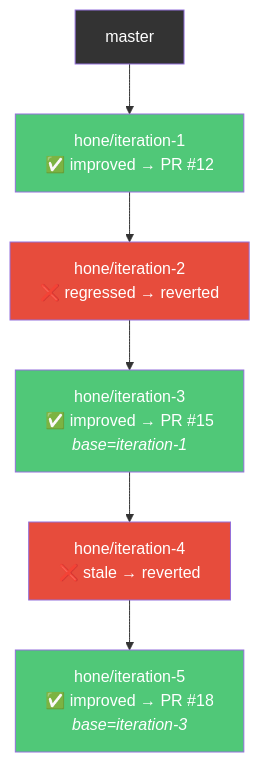
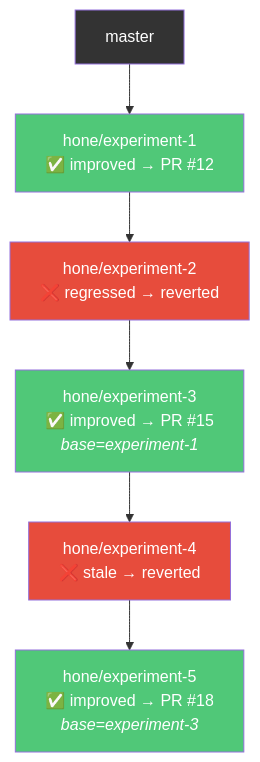
One commit to J-Bax/Hone changed the second of 2 diagrams in docs/architecture.md. Above: the diagram before and after it, drawn with Mermaid. The commit also changed other lines of this file and 27 other files, not shown here.

First line of the commit message:
refactor: rename 'iteration' to 'experiment' across all scripts and docs

````diff
--- a/docs/architecture.md
+++ b/docs/architecture.md
@@ -83,15 +83,15 @@
 ```mermaid
 graph TD
-    M["master"] --> I1["hone/iteration-1<br/>✅ improved → PR #12"]
-    I1 --> I2["hone/iteration-2<br/>❌ regressed → reverted"]
-    I2 --> I3["hone/iteration-3<br/>✅ improved → PR #15<br/><i>base=iteration-1</i>"]
-    I3 --> I4["hone/iteration-4<br/>❌ stale → reverted"]
-    I4 --> I5["hone/iteration-5<br/>✅ improved → PR #18<br/><i>base=iteration-3</i>"]
+    M["master"] --> I1["hone/experiment-1<br/>✅ improved → PR #12"]
+    I1 --> I2["hone/experiment-2<br/>❌ regressed → reverted"]
+    I2 --> I3["hone/experiment-3<br/>✅ improved → PR #15<br/><i>base=experiment-1</i>"]
+    I3 --> I4["hone/experiment-4<br/>❌ stale → reverted"]
+    I4 --> I5["hone/experiment-5<br/>✅ improved → PR #18<br/><i>base=experiment-3</i>"]
 
     style M fill:#333,color:#fff
     style I1 fill:#50c878,color:#fff
     style I2 fill:#e74c3c,color:#fff
     style I3 fill:#50c878,color:#fff
     style I4 fill:#e74c3c,color:#fff
     style I5 fill:#50c878,color:#fff
 ```
````
